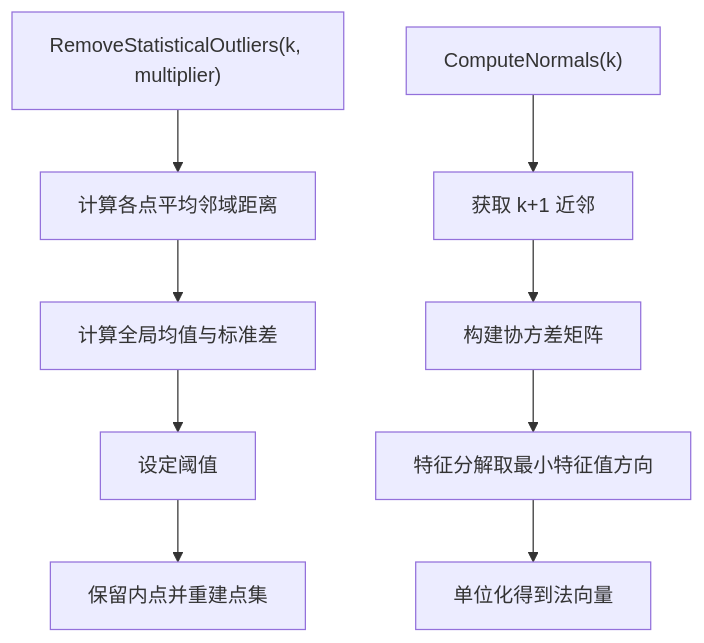
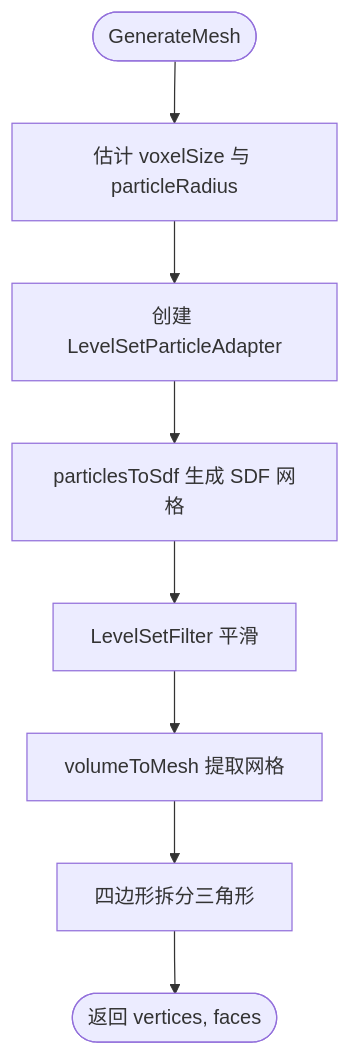
Before and after one commit to hsmbanlance/HsBaSlicer: the seventh of 8 diagrams in .qoder/repowiki/zh/content/核心概念/模型抽象接口/点云模型实现.md, drawn with Mermaid. The commit also changed other lines of this file and 1135 other files, not shown here.

````diff
--- a/.qoder/repowiki/zh/content/核心概念/模型抽象接口/点云模型实现.md
+++ b/.qoder/repowiki/zh/content/核心概念/模型抽象接口/点云模型实现.md
@@ -244,11 +290,10 @@
 ```mermaid
 flowchart TD
-RO["RemoveStatisticalOutliers(k, multiplier)"] --> MEAN["计算各点平均邻域距离"]
-MEAN --> STATS["计算全局均值与标准差"]
-STATS --> THRESH["设定阈值"]
-THRESH --> KEEP["保留内点并重建点集"]
-CN["ComputeNormals(k)"] --> NEIGH["获取 k+1 近邻"]
-NEIGH --> COV["构建协方差矩阵"]
-COV --> EIG["特征分解取最小特征值方向"]
-EIG --> NORM["单位化得到法向量"]
+MStart(["GenerateMesh"]) --> Estimate["估计 voxelSize 与 particleRadius"]
+Estimate --> Adapter["创建 LevelSetParticleAdapter"]
+Adapter --> SDF["particlesToSdf 生成 SDF 网格"]
+SDF --> Smooth["LevelSetFilter 平滑"]
+Smooth --> Mesh["volumeToMesh 提取网格"]
+Mesh --> Triangulate["四边形拆分三角形"]
+Triangulate --> MEnd(["返回 vertices, faces"])
 ```
````
